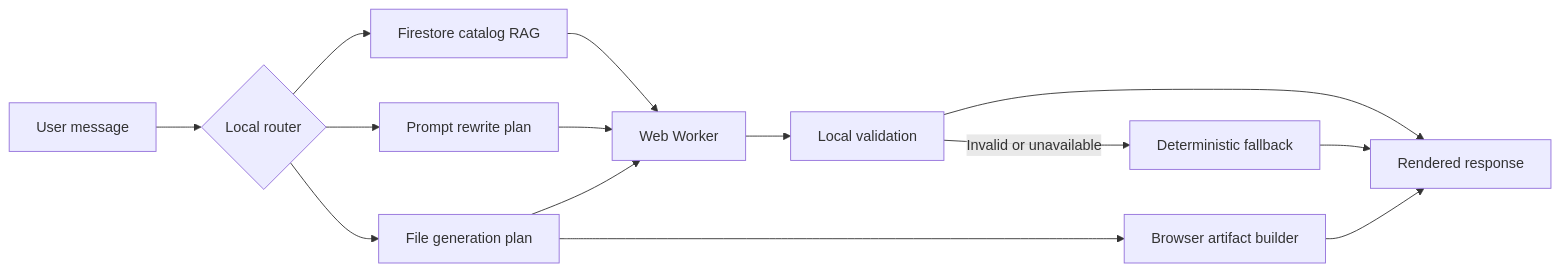
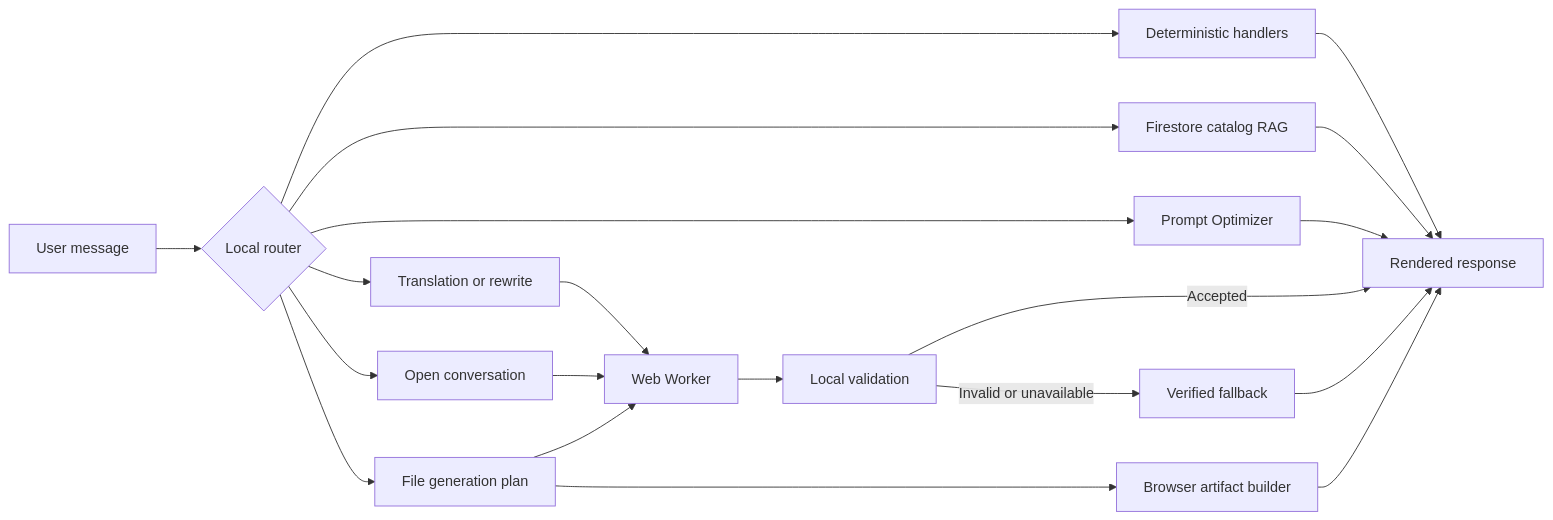
Before and after one commit to riccardoponte/KODA-APP-MOBILE-NO-DEV-: the diagram in AI-MODEL.md, drawn with Mermaid. The commit also changed other lines of this file and 6 other files, not shown here.

````diff
--- a/AI-MODEL.md
+++ b/AI-MODEL.md
@@ -26,16 +19,22 @@
 ```mermaid
 flowchart LR
     U[User message] --> R{Local router}
+    R --> D[Deterministic handlers]
     R --> C[Firestore catalog RAG]
-    R --> P[Prompt rewrite plan]
+    R --> P[Prompt Optimizer]
+    R --> T[Translation or rewrite]
+    R --> G[Open conversation]
     R --> F[File generation plan]
-    C --> W[Web Worker]
-    P --> W
+    D --> O[Rendered response]
+    C --> O
+    P --> O
+    T --> W[Web Worker]
+    G --> W
     F --> W
     W --> V[Local validation]
-    V --> O[Rendered response]
+    V -->|Accepted| O
+    V -->|Invalid or unavailable| B[Verified fallback]
+    B --> O
     F --> A[Browser artifact builder]
     A --> O
-    V -->|Invalid or unavailable| D[Deterministic fallback]
-    D --> O
 ```
````
